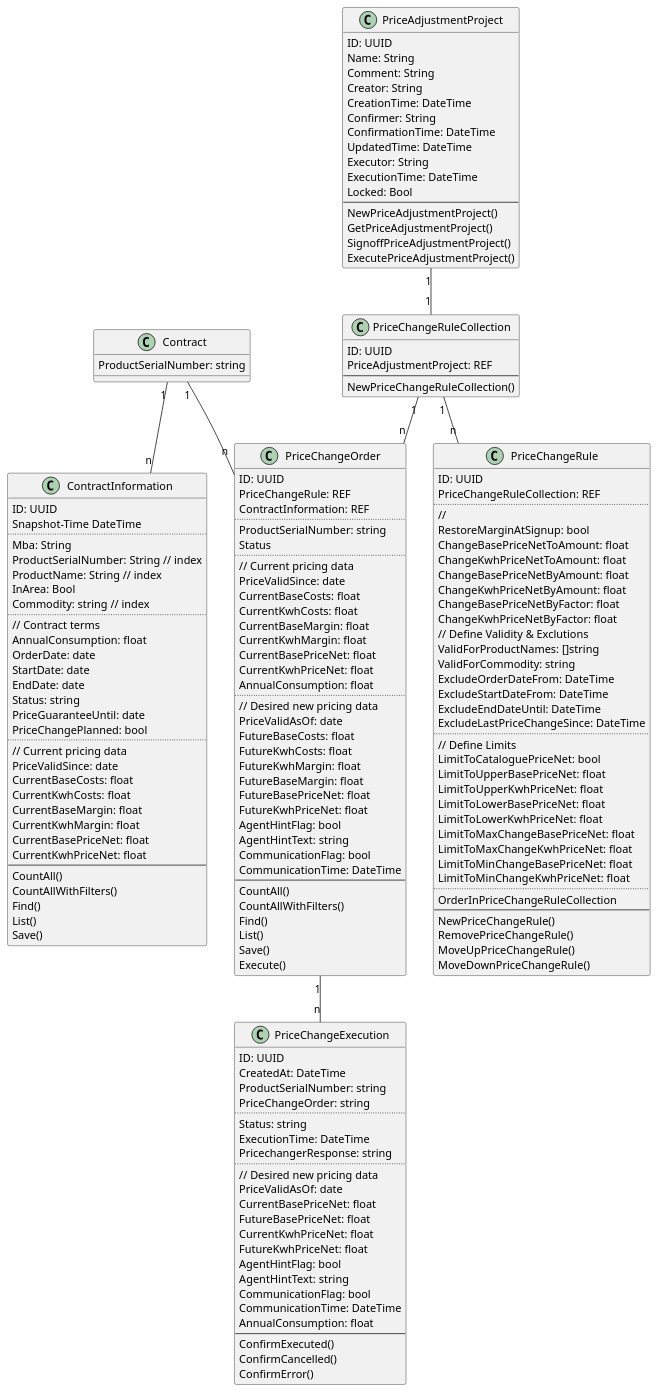
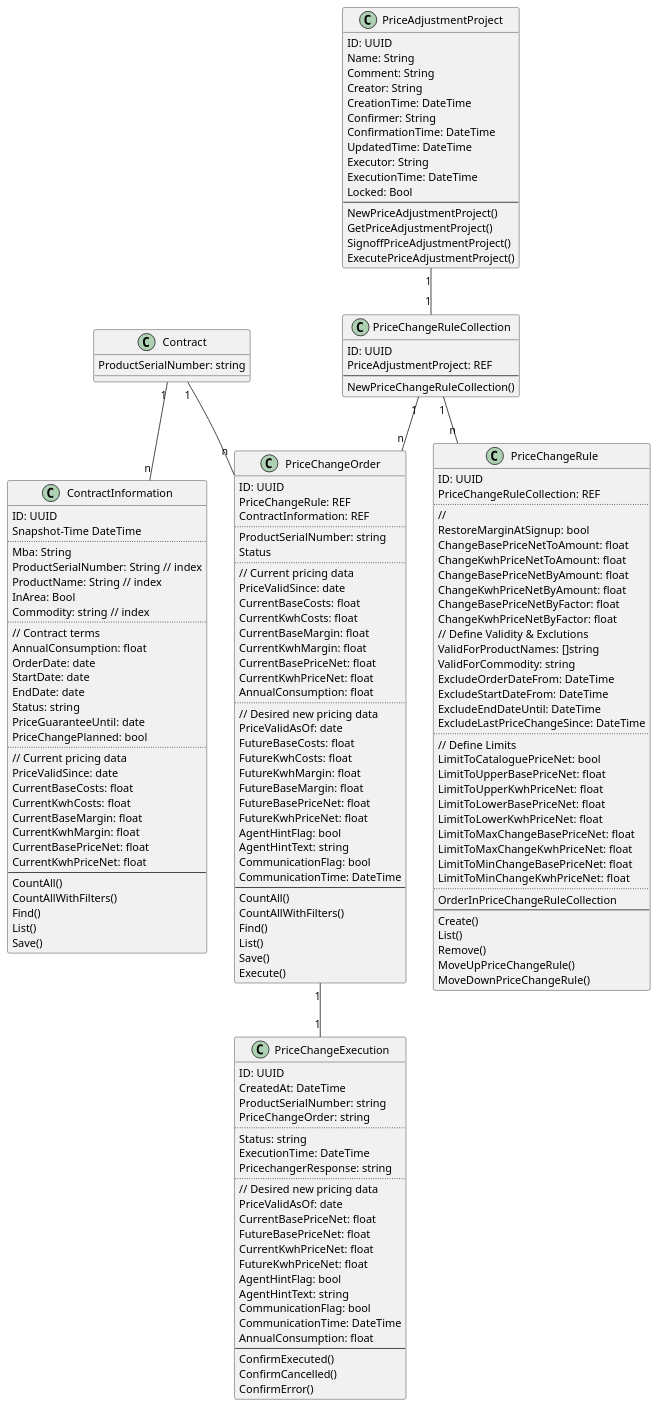
One commit to matthiasmohr/mm-vertragspreisanpasser-service changed the diagram in attachments/datamodel.puml. Above: the diagram before and after it, drawn with PlantUML. The commit also changed 28 other files, not shown here.

```diff
--- a/attachments/datamodel.puml
+++ b/attachments/datamodel.puml
@@ -1,179 +1,180 @@
 @startuml
 
 class Contract {
   ProductSerialNumber: string
  }
 
 class PriceAdjustmentProject {
   ID: UUID
   Name: String
   Comment: String
   Creator: String
   CreationTime: DateTime
   Confirmer: String
   ConfirmationTime: DateTime
   UpdatedTime: DateTime
   Executor: String
   ExecutionTime: DateTime
   Locked: Bool
   --
   NewPriceAdjustmentProject()
   GetPriceAdjustmentProject()
   SignoffPriceAdjustmentProject()
   ExecutePriceAdjustmentProject()
 }
 
 class PriceChangeRuleCollection {
     ID: UUID
     PriceAdjustmentProject: REF
     --
     NewPriceChangeRuleCollection()
 }
 
 class PriceChangeRule {
     ID: UUID
     PriceChangeRuleCollection: REF
     ..
     //
     RestoreMarginAtSignup: bool
     ChangeBasePriceNetToAmount: float
     ChangeKwhPriceNetToAmount: float
     ChangeBasePriceNetByAmount: float
     ChangeKwhPriceNetByAmount: float
     ChangeBasePriceNetByFactor: float
     ChangeKwhPriceNetByFactor: float
     // Define Validity & Exclutions
 	ValidForProductNames: []string
 	ValidForCommodity: string
 	ExcludeOrderDateFrom: DateTime
 	ExcludeStartDateFrom: DateTime
 	ExcludeEndDateUntil: DateTime
 	ExcludeLastPriceChangeSince: DateTime
 	..
 	// Define Limits
 	LimitToCataloguePriceNet: bool
 	LimitToUpperBasePriceNet: float
 	LimitToUpperKwhPriceNet: float
 	LimitToLowerBasePriceNet: float
 	LimitToLowerKwhPriceNet: float
 	LimitToMaxChangeBasePriceNet: float
 	LimitToMaxChangeKwhPriceNet: float
 	LimitToMinChangeBasePriceNet: float
     LimitToMinChangeKwhPriceNet: float
     ..
     OrderInPriceChangeRuleCollection
     --
-    NewPriceChangeRule()
-    RemovePriceChangeRule()
+    Create()
+    List()
+    Remove()
     MoveUpPriceChangeRule()
     MoveDownPriceChangeRule()
 }
 
 class ContractInformation {
     ID: UUID
     Snapshot-Time DateTime
     ..
     Mba: String
     ProductSerialNumber: String // index
     ProductName: String // index
     InArea: Bool
     Commodity: string // index
     ..
     // Contract terms
     AnnualConsumption: float
     OrderDate: date
     StartDate: date
     EndDate: date
     Status: string
     PriceGuaranteeUntil: date
     PriceChangePlanned: bool
     ..
     // Current pricing data
     PriceValidSince: date
     CurrentBaseCosts: float
     CurrentKwhCosts: float
     CurrentBaseMargin: float
     CurrentKwhMargin: float
     CurrentBasePriceNet: float
     CurrentKwhPriceNet: float
     --
     CountAll()
     CountAllWithFilters()
     Find()
     List()
     Save()
 }
 
 class PriceChangeOrder {
     ID: UUID
     PriceChangeRule: REF
     ContractInformation: REF
     ..
     ProductSerialNumber: string
     Status
     ..
     // Current pricing data
     PriceValidSince: date
     CurrentBaseCosts: float
     CurrentKwhCosts: float
     CurrentBaseMargin: float
     CurrentKwhMargin: float
     CurrentBasePriceNet: float
     CurrentKwhPriceNet: float
     AnnualConsumption: float
     ..
     // Desired new pricing data
     PriceValidAsOf: date
     FutureBaseCosts: float
     FutureKwhCosts: float
     FutureKwhMargin: float
     FutureBaseMargin: float
     FutureBasePriceNet: float
     FutureKwhPriceNet: float
     AgentHintFlag: bool
     AgentHintText: string
     CommunicationFlag: bool
     CommunicationTime: DateTime
     --
     CountAll()
     CountAllWithFilters()
     Find()
     List()
     Save()
     Execute()
 }
 
 class PriceChangeExecution {
     ID: UUID
     CreatedAt: DateTime
     ProductSerialNumber: string
     PriceChangeOrder: string
     ..
     Status: string
     ExecutionTime: DateTime
     PricechangerResponse: string
     ..
     // Desired new pricing data
     PriceValidAsOf: date
     CurrentBasePriceNet: float
     FutureBasePriceNet: float
     CurrentKwhPriceNet: float
     FutureKwhPriceNet: float
     AgentHintFlag: bool
     AgentHintText: string
     CommunicationFlag: bool
     CommunicationTime: DateTime
     AnnualConsumption: float
     --
     ConfirmExecuted()
     ConfirmCancelled()
     ConfirmError()
 }
 
 PriceAdjustmentProject "1" -- "1" PriceChangeRuleCollection
 PriceChangeRuleCollection "1" -- "n" PriceChangeRule
 PriceChangeRuleCollection "1" -- "n" PriceChangeOrder
 Contract "1" -- "n" ContractInformation
 Contract "1" -- "n" PriceChangeOrder
-PriceChangeOrder "1" -- "n" PriceChangeExecution
+PriceChangeOrder "1" -- "1" PriceChangeExecution
 @enduml
```
